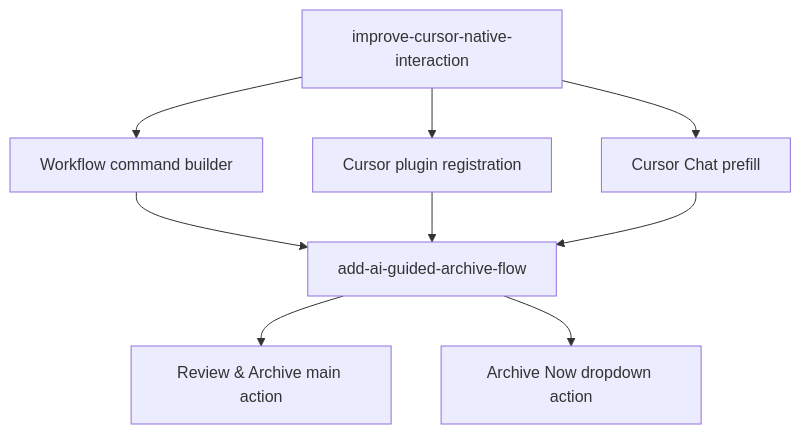
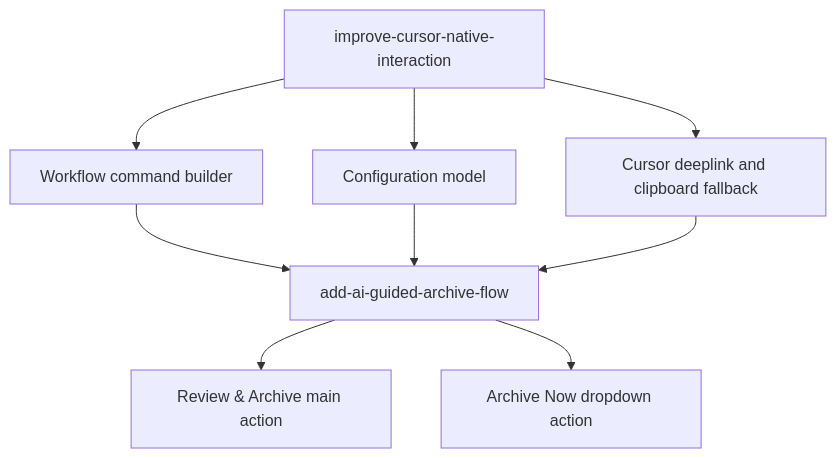
One commit to RandyZ/openspec-ext changed the fourth of 4 diagrams in docs/superpowers/specs/2026-05-23-cursor-native-interaction-and-ai-archive-design.md. Above: the diagram before and after it, drawn with Mermaid. The commit also changed other lines of this file and 7 other files, not shown here.

````diff
--- a/docs/superpowers/specs/2026-05-23-cursor-native-interaction-and-ai-archive-design.md
+++ b/docs/superpowers/specs/2026-05-23-cursor-native-interaction-and-ai-archive-design.md
@@ -177,13 +189,13 @@
 ```mermaid
 flowchart TD
   A[improve-cursor-native-interaction] --> B[Workflow command builder]
-  A --> C[Cursor plugin registration]
-  A --> D[Cursor Chat prefill]
+  A --> C[Configuration model]
+  A --> D[Cursor deeplink and clipboard fallback]
 
   B --> E[add-ai-guided-archive-flow]
   C --> E
   D --> E
 
   E --> F[Review & Archive main action]
   E --> G[Archive Now dropdown action]
 ```
````
